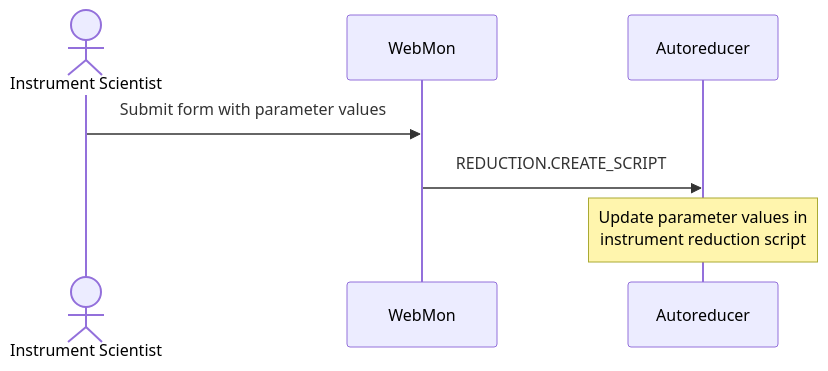
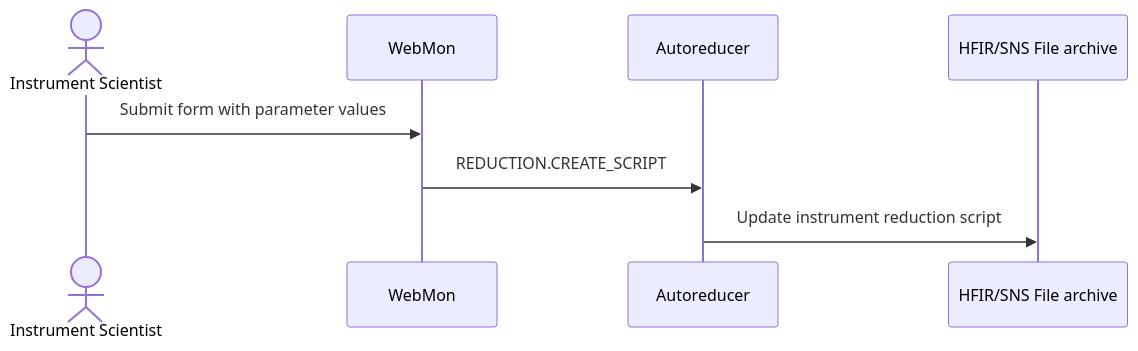
The third of 10 diagrams in docs/developer/design/communication_flows.rst (neutrons/data_workflow), drawn with Mermaid before and after one commit. The commit also changed other lines of this file and 1 other file, not shown here.

```diff
--- a/docs/developer/design/communication_flows.rst
+++ b/docs/developer/design/communication_flows.rst
@@ -89,10 +84,11 @@
 .. mermaid::
 
     sequenceDiagram
         actor Instrument Scientist
         participant WebMon
         participant Autoreducer
+        participant HFIR/SNS File archive
 
         Instrument Scientist->>WebMon: Submit form with parameter values
         WebMon->>Autoreducer: REDUCTION.CREATE_SCRIPT
-        Note over Autoreducer: Update parameter values in<br/>instrument reduction script
+        Autoreducer->>HFIR/SNS File archive: Update instrument reduction script
```
